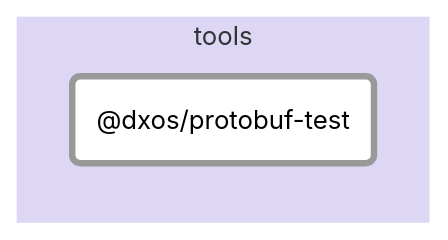
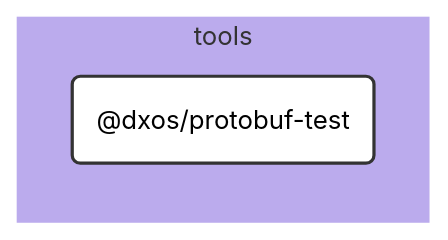
One commit to dxos/dxos changed the diagram in tools/protobuf-test/docs/README.md. Above: the diagram before and after it, drawn with Mermaid (neutral theme). The commit also changed 100 other files, not shown here.

````diff
--- a/tools/protobuf-test/docs/README.md
+++ b/tools/protobuf-test/docs/README.md
@@ -7,12 +7,25 @@
 ```mermaid
-flowchart LR;
+%%{ init: {'flowchart':{'curve':'basis'}} }%%
 
-style dxos/protobuf-test fill:#fff,stroke-width:4px;
+flowchart LR
+
+%% Links
+
+%% Sections
+subgraph tools
+  style tools fill:#bbabed,stroke:#fff;
+
+  dxos/protobuf-test("@dxos/protobuf-test")
+end
 
 
-subgraph tools
-  style tools fill:#ded6f5,stroke:#fff;
-  dxos/protobuf-test("@dxos/protobuf-test");
-end
+%% Hyperlinks
+
+%% Styles
+classDef rootNode fill:#fff,stroke:#333,stroke-width:2px
+classDef defaultNode fill:#fff,stroke:#333,stroke-width:1px
+linkStyle default stroke:#333,stroke-width:1px
+
+dxos/protobuf-test:::rootNode
 
 ```
````
